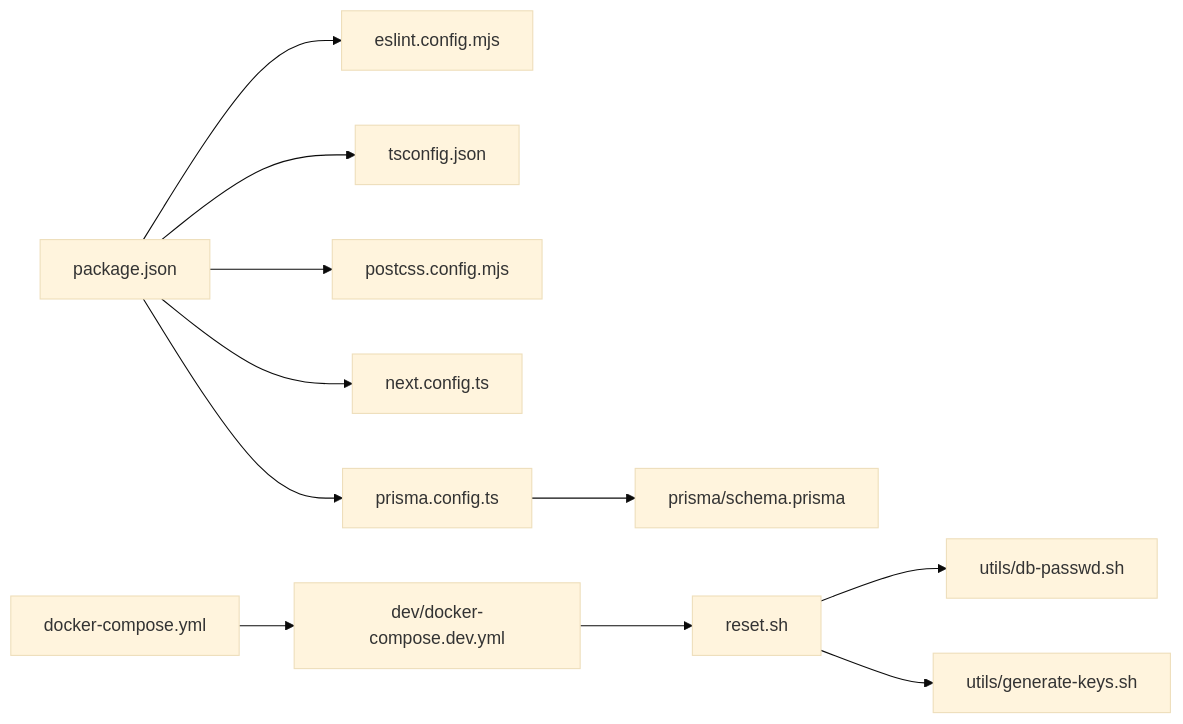
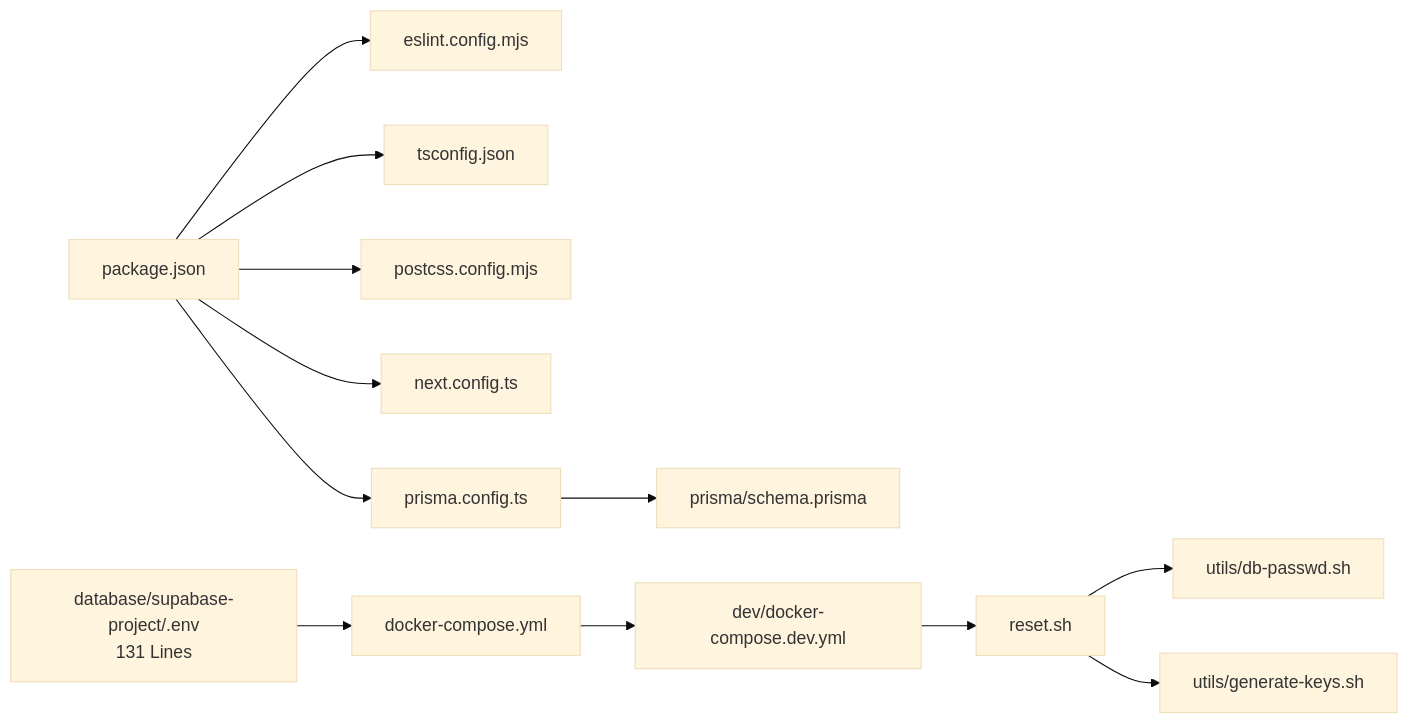
The sixth of 6 diagrams in .qoder/repowiki/en/content/Development Guide.md (AlexKutz/math-app-next-js), drawn with Mermaid (base theme) before and after one commit. The commit also changed other lines of this file and 125 other files, not shown here.

````diff
--- a/.qoder/repowiki/en/content/Development Guide.md
+++ b/.qoder/repowiki/en/content/Development Guide.md
@@ -445,25 +615,27 @@
 ```mermaid
 graph LR
 PKG["package.json"]
 ESLINT["eslint.config.mjs"]
 TSCONFIG["tsconfig.json"]
 POSTCSS["postcss.config.mjs"]
 NEXTCONF["next.config.ts"]
 PRISMA_CFG["prisma.config.ts"]
 SCHEMA["prisma/schema.prisma"]
 DOCKER["docker-compose.yml"]
 DEV_COMPOSE["dev/docker-compose.dev.yml"]
 RESET["reset.sh"]
 DB_PASSWD["utils/db-passwd.sh"]
 GEN_KEYS["utils/generate-keys.sh"]
+ENV["database/supabase-project/.env<br/>131 Lines"]
 PKG --> ESLINT
 PKG --> TSCONFIG
 PKG --> POSTCSS
 PKG --> NEXTCONF
 PKG --> PRISMA_CFG
 PRISMA_CFG --> SCHEMA
 DOCKER --> DEV_COMPOSE
 DEV_COMPOSE --> RESET
 RESET --> DB_PASSWD
 RESET --> GEN_KEYS
+ENV --> DOCKER
 ```
````
